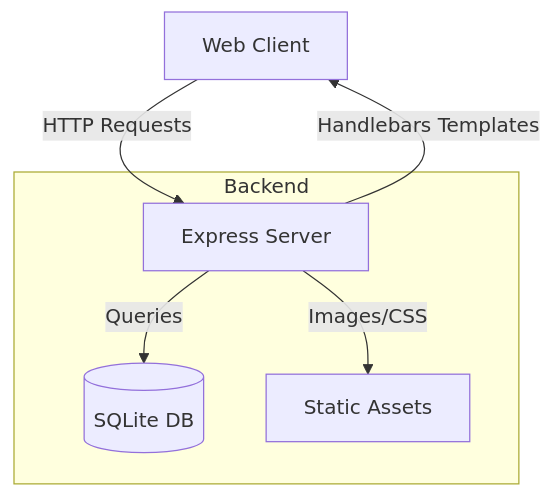
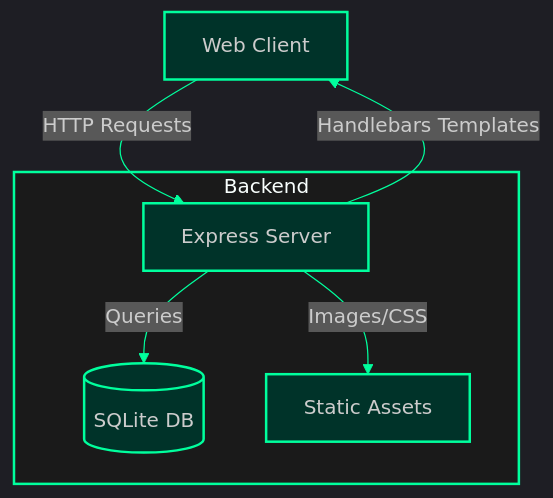
Before and after one commit to lundeen06/mintdrop: the first of 4 diagrams in README.md, drawn with Mermaid. The commit also changed other lines of this file, not shown here.

````diff
--- a/README.md
+++ b/README.md
@@ -28,18 +5,36 @@
 ```mermaid
+%%{init: {
+  'theme': 'dark',
+  'themeVariables': {
+    'primaryColor': '#00ff9d',
+    'primaryTextColor': '#fff',
+    'primaryBorderColor': '#00ff9d',
+    'lineColor': '#00ff9d',
+    'secondaryColor': '#006647',
+    'tertiaryColor': '#003329',
+    'background': '#1a1a1a'
+  }
+}}%%
 graph TB
+    style Client fill:#003329,stroke:#00ff9d,stroke-width:2px
+    style Server fill:#003329,stroke:#00ff9d,stroke-width:2px
+    style DB fill:#003329,stroke:#00ff9d,stroke-width:2px
+    style Static fill:#003329,stroke:#00ff9d,stroke-width:2px
+    style Backend fill:#1a1a1a,stroke:#00ff9d,stroke-width:2px
+
     Client[Web Client]
     Server[Express Server]
     DB[(SQLite DB)]
     Static[Static Assets]
     
     Client -->|HTTP Requests| Server
     Server -->|Handlebars Templates| Client
     Server -->|Queries| DB
     Server -->|Images/CSS| Static
     
     subgraph Backend
         Server
         DB
         Static
     end
 ```
````
